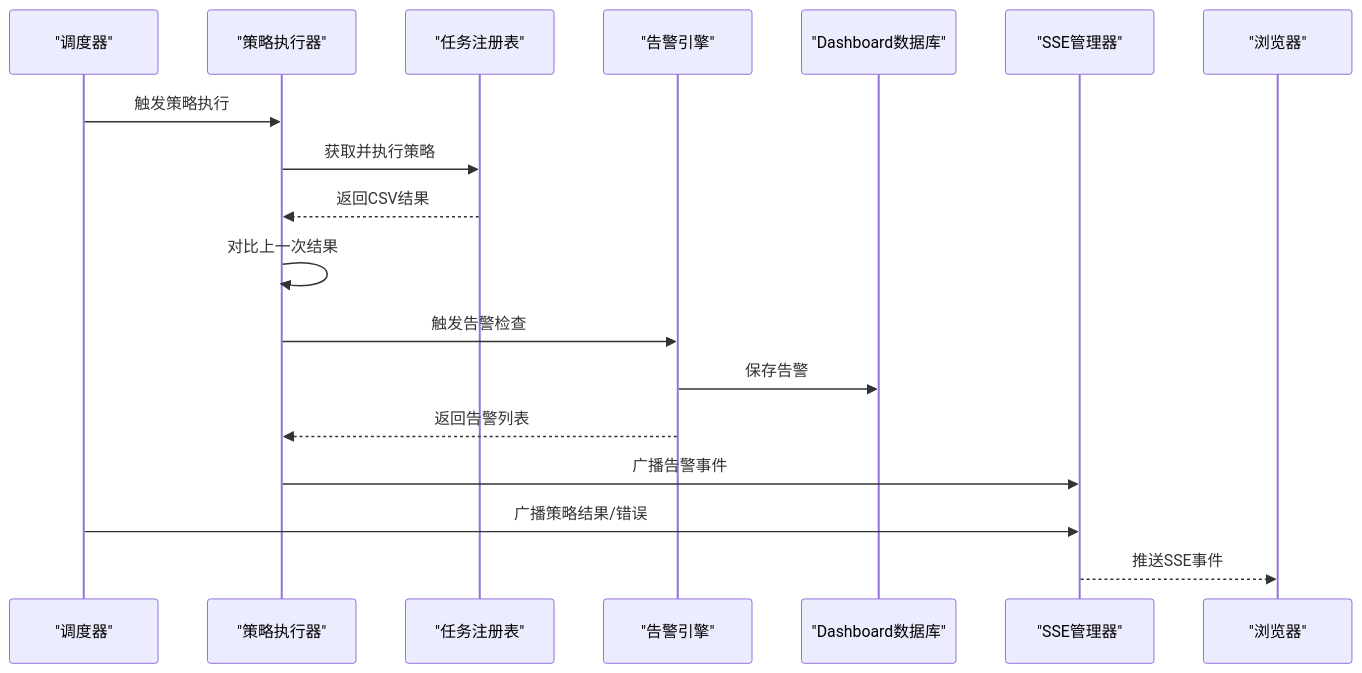
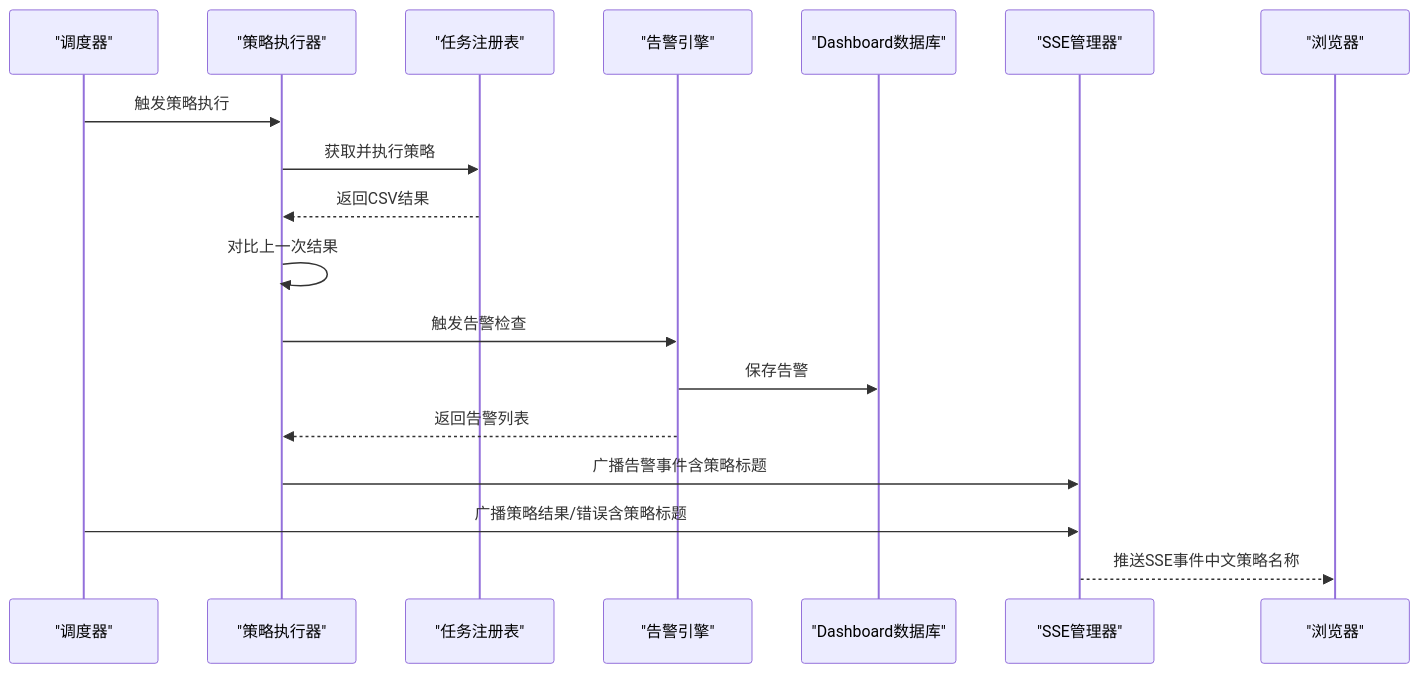
One commit to ldeng76/quant-ETF changed the second of 9 diagrams in .qoder/repowiki/zh/content/实时监控和告警系统/实时监控和告警系统.md. Above: the diagram before and after it, drawn with Mermaid. The commit also changed other lines of this file and 12 other files, not shown here.

````diff
--- a/.qoder/repowiki/zh/content/实时监控和告警系统/实时监控和告警系统.md
+++ b/.qoder/repowiki/zh/content/实时监控和告警系统/实时监控和告警系统.md
@@ -122,20 +160,20 @@
 ```mermaid
 sequenceDiagram
 participant Scheduler as "调度器"
 participant Runner as "策略执行器"
 participant Task as "任务注册表"
 participant Engine as "告警引擎"
 participant DB as "Dashboard数据库"
 participant SSE as "SSE管理器"
 participant Browser as "浏览器"
 Scheduler->>Runner : 触发策略执行
 Runner->>Task : 获取并执行策略
 Task-->>Runner : 返回CSV结果
 Runner->>Runner : 对比上一次结果
 Runner->>Engine : 触发告警检查
 Engine->>DB : 保存告警
 Engine-->>Runner : 返回告警列表
-Runner->>SSE : 广播告警事件
-Scheduler->>SSE : 广播策略结果/错误
-SSE-->>Browser : 推送SSE事件
+Runner->>SSE : 广播告警事件含策略标题
+Scheduler->>SSE : 广播策略结果/错误含策略标题
+SSE-->>Browser : 推送SSE事件中文策略名称
 ```
````
